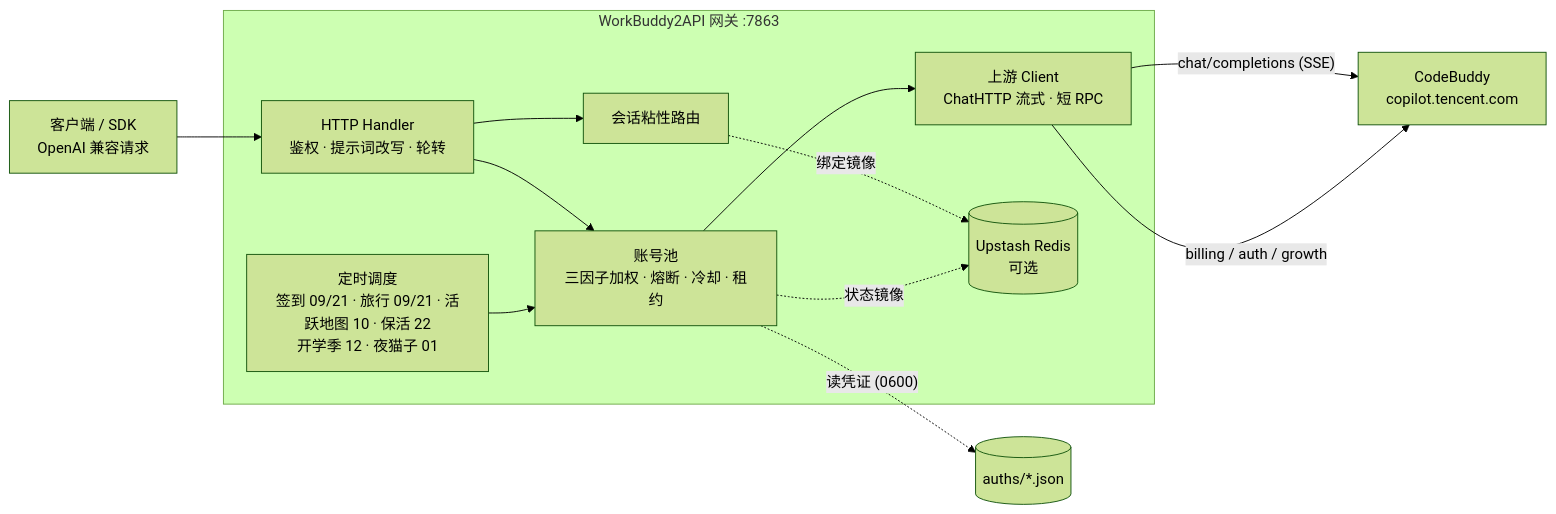
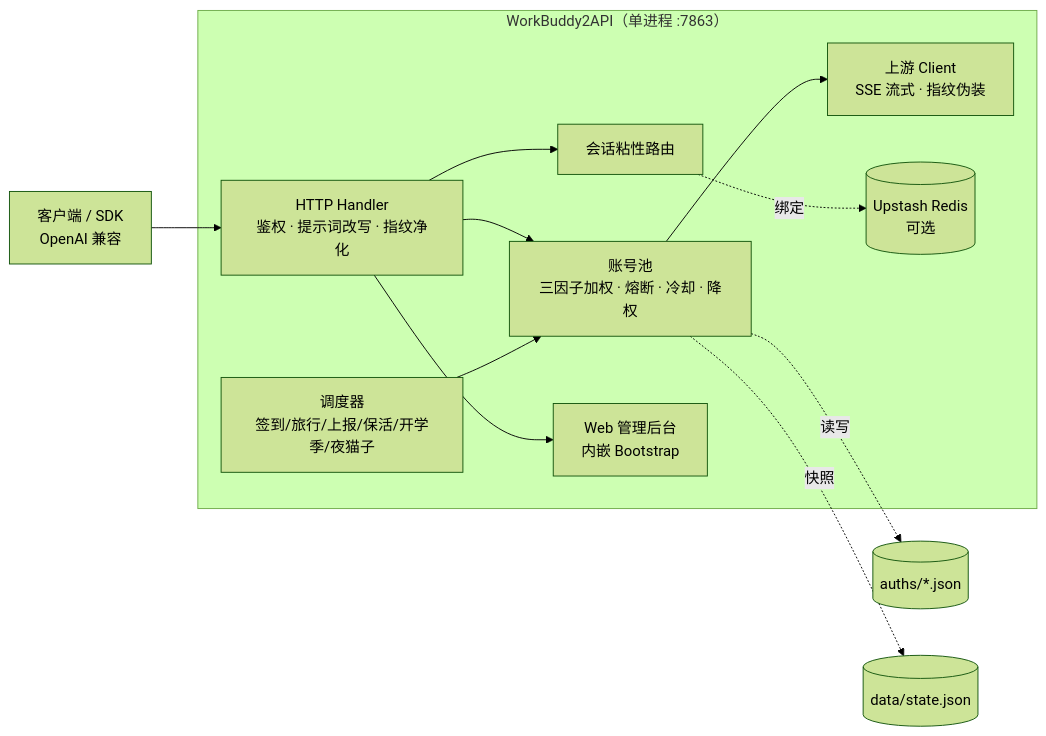
One commit to workpuppy/workpuppy changed the diagram in README.md. Above: the diagram before and after it, drawn with Mermaid (forest theme). The commit also changed other lines of this file and 3 other files, not shown here.

````diff
--- a/README.md
+++ b/README.md
@@ -183,18 +457,14 @@
 ```mermaid
 flowchart LR
-    Client["客户端 / SDK\nOpenAI 兼容请求"] --> H
-
-    subgraph GWI["WorkBuddy2API 网关 :7863"]
-        H["HTTP Handler\n鉴权 · 提示词改写 · 轮转"] --> P
+    C["客户端 / SDK\nOpenAI 兼容"] --> H
+    subgraph GW["WorkBuddy2API（单进程 :7863）"]
+        H["HTTP Handler\n鉴权 · 提示词改写 · 指纹净化"] --> P
         H --> S
-        P["账号池\n三因子加权 · 熔断 · 冷却 · 租约"] --> U
-        S["会话粘性路由"] -.绑定镜像.-> REDIS
-        T["定时调度\n签到 09/21 · 旅行 09/21 · 活跃地图 10 · 保活 22\n开学季 12 · 夜猫子 01"] --> P
-        U["上游 Client\nChatHTTP 流式 · 短 RPC"]
+        H --> W["Web 管理后台\n内嵌 Bootstrap"]
+        P["账号池\n三因子加权 · 熔断 · 冷却 · 降权"] --> U["上游 Client\nSSE 流式 · 指纹伪装"]
+        S["会话粘性路由"] -.绑定.-> R[("Upstash Redis\n可选")]
+        T["调度器\n签到/旅行/上报/保活/开学季/夜猫子"] --> P
     end
-
-    P -. "读凭证 (0600)" .-> AUTH[("auths/*.json")]
-    P -. "状态镜像" .-> REDIS[("Upstash Redis\n可选")]
-    U -->|"chat/completions (SSE)"| CB["CodeBuddy\ncopilot.tencent.com"]
-    U -->|"billing / auth / growth"| CB
+    P -.读写.-> A[("auths/*.json")]
+    P -.快照.-> ST[("data/state.json")]
 ```
````
